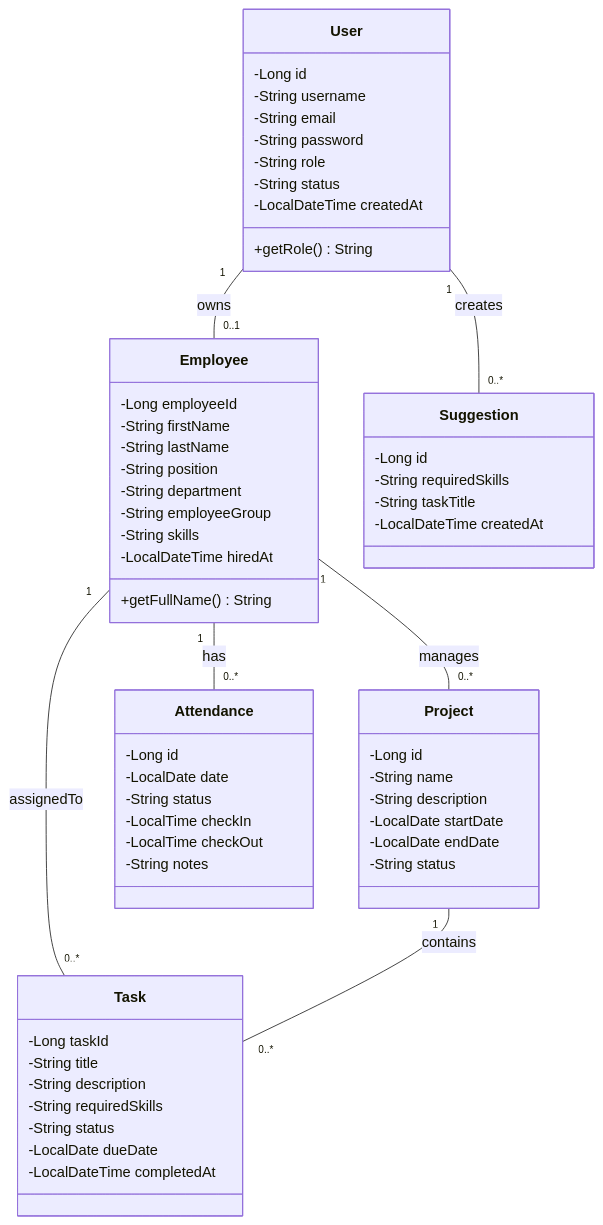
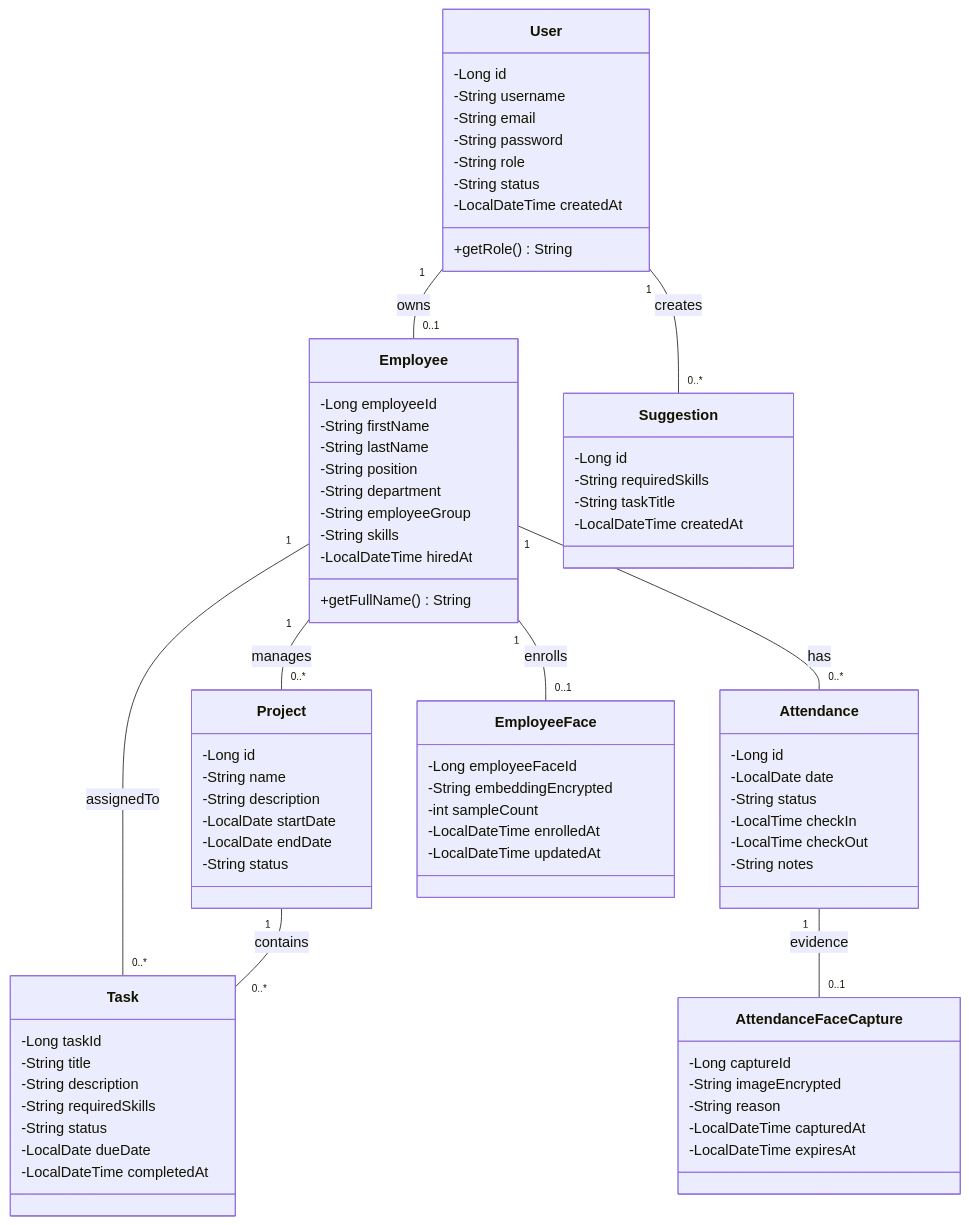
The seventh of 22 diagrams in docs/UML_DIAGRAMS.md (nhathao428/taskhub), drawn with Mermaid before and after one commit. The commit also changed other lines of this file and 2 other files, not shown here.

Commit message:
docs: cap nhat README + UML cho module khuon mat, them DATABASE_SCHEMA, sua 3 link docs bi hong

````diff
--- a/docs/UML_DIAGRAMS.md
+++ b/docs/UML_DIAGRAMS.md
@@ -144,61 +185,77 @@
 ```mermaid
 classDiagram
   class User {
     -Long id
     -String username
     -String email
     -String password
     -String role
     -String status
     -LocalDateTime createdAt
     +getRole() String
   }
   class Employee {
     -Long employeeId
     -String firstName
     -String lastName
     -String position
     -String department
     -String employeeGroup
     -String skills
     -LocalDateTime hiredAt
     +getFullName() String
   }
   class Project {
     -Long id
     -String name
     -String description
     -LocalDate startDate
     -LocalDate endDate
     -String status
   }
   class Task {
     -Long taskId
     -String title
     -String description
     -String requiredSkills
     -String status
     -LocalDate dueDate
     -LocalDateTime completedAt
   }
   class Attendance {
     -Long id
     -LocalDate date
     -String status
     -LocalTime checkIn
     -LocalTime checkOut
     -String notes
   }
   class Suggestion {
     -Long id
     -String requiredSkills
     -String taskTitle
     -LocalDateTime createdAt
   }
+  class EmployeeFace {
+    -Long employeeFaceId
+    -String embeddingEncrypted
+    -int sampleCount
+    -LocalDateTime enrolledAt
+    -LocalDateTime updatedAt
+  }
+  class AttendanceFaceCapture {
+    -Long captureId
+    -String imageEncrypted
+    -String reason
+    -LocalDateTime capturedAt
+    -LocalDateTime expiresAt
+  }
   User "1" -- "0..1" Employee : owns
   Employee "1" -- "0..*" Task : assignedTo
   Employee "1" -- "0..*" Attendance : has
   Employee "1" -- "0..*" Project : manages
   Project "1" -- "0..*" Task : contains
   User "1" -- "0..*" Suggestion : creates
+  Employee "1" -- "0..1" EmployeeFace : enrolls
+  Attendance "1" -- "0..1" AttendanceFaceCapture : evidence
 ```
````
